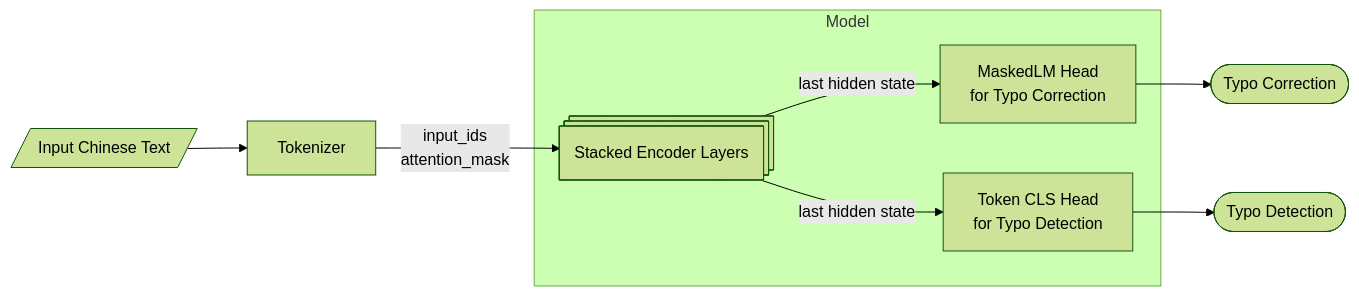
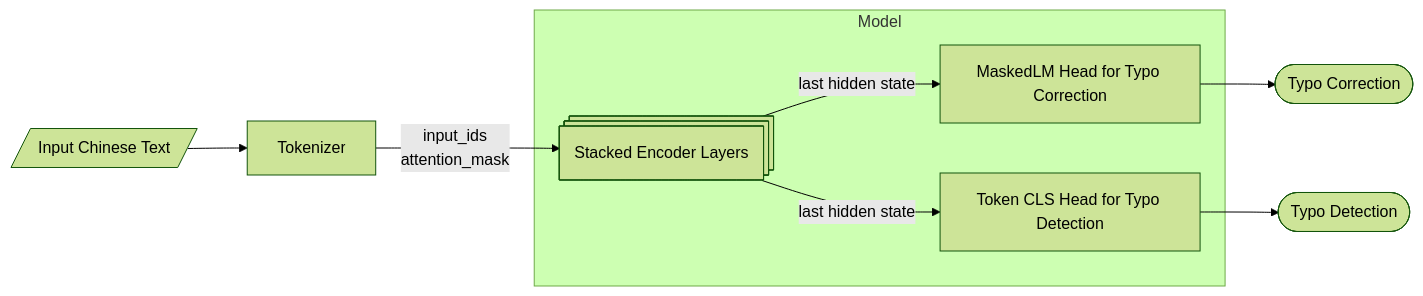
Before and after one commit to Romeo-CC/chinese_typo_checker: the diagram in readme.md, drawn with Mermaid (forest theme).

````diff
--- a/readme.md
+++ b/readme.md
@@ -11,13 +11,13 @@
 ```mermaid
 graph LR
     
     A@{ shape: lean-r, label: "Input Chinese Text" } --> B@{ shape: rect, label: "Tokenizer" }
     
     B -->|"input_ids<br>attention_mask"| C@{ shape: procs, label: "Stacked Encoder Layers" }
     subgraph Model
-    C -->|"last hidden state"| D@{ shape: rect, label: "MaskedLM Head <br>for Typo Correction" }
-    C -->|"last hidden state"| E@{ shape: rect, label: "Token CLS Head <br>for Typo Detection" }
+    C -->|"last hidden state"| D@{ shape: rect, label: "MaskedLM Head for Typo Correction" }
+    C -->|"last hidden state"| E@{ shape: rect, label: "Token CLS Head for Typo Detection" }
     end
     D --> F@{ shape: stadium, label: "Typo Correction" }
     E --> G@{ shape: stadium, label: "Typo Detection" }   
 ```
````
